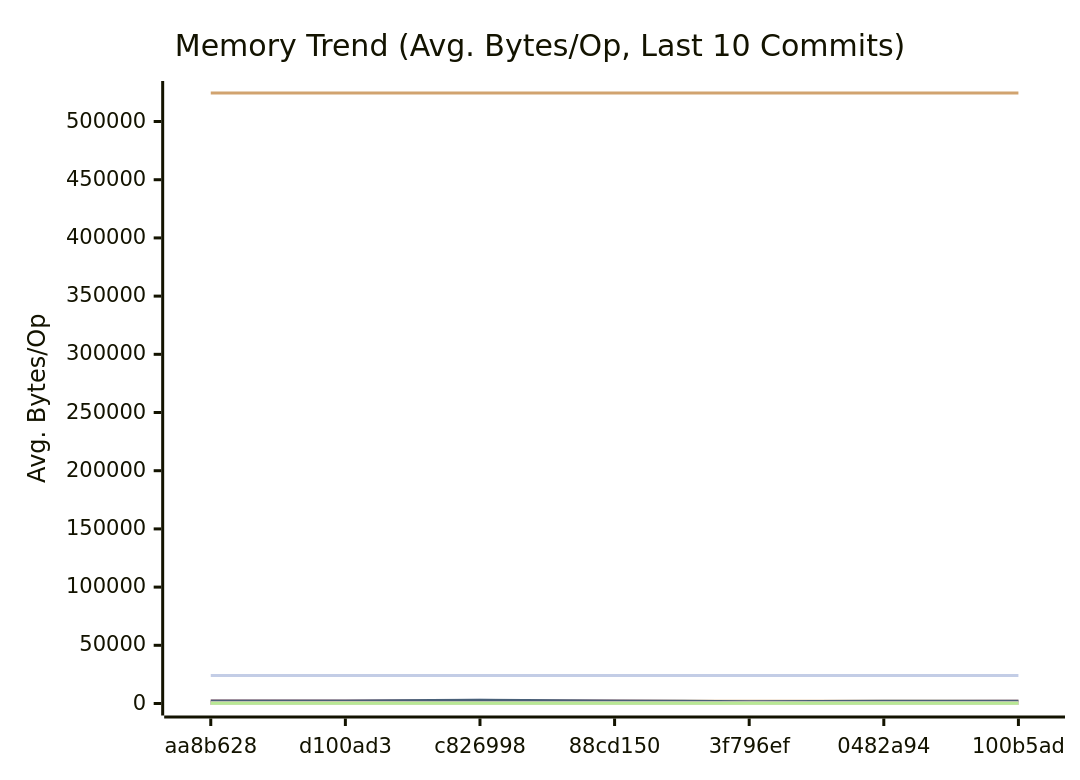
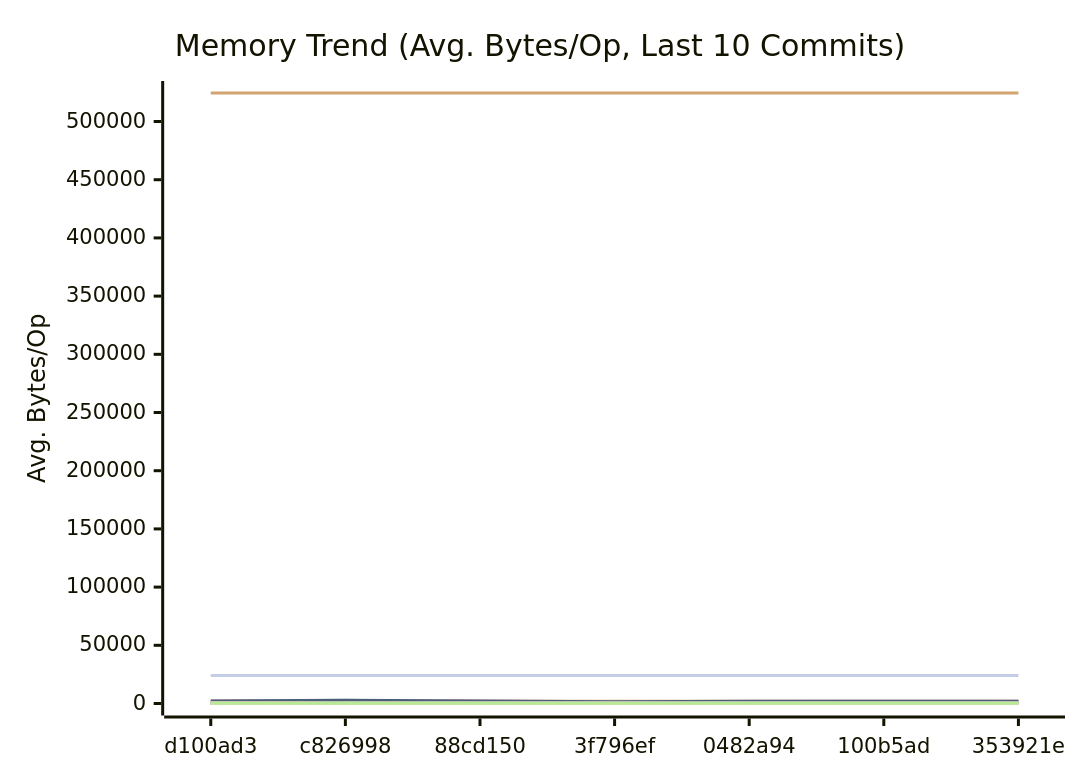
One commit to alsotoes/momo changed the second of 3 diagrams in docs/PERFORMANCE.md. Above: the diagram before and after it, drawn with Mermaid. The commit also changed other lines of this file and 2 other files, not shown here.

````diff
--- a/docs/PERFORMANCE.md
+++ b/docs/PERFORMANCE.md
@@ -300,42 +300,42 @@
 ```mermaid
 xychart-beta
     title "Memory Trend (Avg. Bytes/Op, Last 10 Commits)"
     x-axis "Commit"
     y-axis "Avg. Bytes/Op"
-    x-axis [aa8b628,d100ad3,c826998,88cd150,3f796ef,0482a94,100b5ad]
-    line "AWSChunkedReaderSigned" [131,130,147,131,74,125,105,96,107,130]
-    line "AWSChunkedReaderUnsigned" [130,120,153,135,74,112,108,97,108,145]
+    x-axis [d100ad3,c826998,88cd150,3f796ef,0482a94,100b5ad,353921e]
+    line "AWSChunkedReaderSigned" [130,147,131,74,125,105,96,107,130,133]
+    line "AWSChunkedReaderUnsigned" [120,153,135,74,112,108,97,108,145,120]
     line "CheckMetricsAndSwap" [0,0,0,0,0,0,0,0,0,0]
     line "CrushOptimized" [0,0,0,0,0,0,0,0,0,0]
     line "CrushOriginal" [164,164,164,164,164,164,164,164,164,164]
-    line "FormatListObjectsV2XML_AppendFormat" [524457,524463,524446,524454,524505,524477,524470,524490,524474,524448]
+    line "FormatListObjectsV2XML_AppendFormat" [524463,524446,524454,524505,524477,524470,524490,524474,524448,524456]
     line "FormatListObjectsV2XML_OldFormat" [24000,24000,24000,24000,24000,24000,24000,24000,24000,24000]
-    line "HashBytes/1MiB" [257,324,307,303,180,267,275,210,232,295]
-    line "HashBytes/256MiB" [286,242,249,275,156,201,247,231,248,336]
-    line "HashBytes/64MiB" [291,300,306,306,169,238,228,265,264,298]
-    line "HashFile/1MiB" [267,261,261,261,152,222,241,209,217,265]
-    line "HashFile/256MiB" [174,252,283,277,161,242,258,191,237,254]
-    line "HashFile/64MiB" [240,221,273,250,155,239,200,192,237,307]
+    line "HashBytes/1MiB" [324,307,303,180,267,275,210,232,295,219]
+    line "HashBytes/256MiB" [242,249,275,156,201,247,231,248,336,241]
+    line "HashBytes/64MiB" [300,306,306,169,238,228,265,264,298,224]
+    line "HashFile/1MiB" [261,261,261,152,222,241,209,217,265,268]
+    line "HashFile/256MiB" [252,283,277,161,242,258,191,237,254,213]
+    line "HashFile/64MiB" [221,273,250,155,239,200,192,237,307,208]
     line "IndexDirectTracking" [0,0,0,0,0,0,0,0,0,0]
     line "IndexSearch" [0,0,0,0,0,0,0,0,0,0]
     line "LoadGlobalConfig" [1976,1976,1976,1976,1976,1976,1976,1976,1976,1976]
-    line "LocalWrite/1MiB" [1683,2004,2716,1034,1217,1691,1967,1729,1822,2210]
-    line "LocalWrite/256MiB" [2270,2223,2404,2222,1422,1646,1959,1986,2025,2273]
-    line "LocalWrite/64MiB" [2221,2158,2776,2232,1512,1973,2038,2017,2019,2009]
+    line "LocalWrite/1MiB" [2004,2716,1034,1217,1691,1967,1729,1822,2210,2188]
+    line "LocalWrite/256MiB" [2223,2404,2222,1422,1646,1959,1986,2025,2273,2129]
+    line "LocalWrite/64MiB" [2158,2776,2232,1512,1973,2038,2017,2019,2009,2055]
     line "PadString" [64,64,64,64,64,64,64,64,64,64]
     line "ParseReplicationOrder_NoPrealloc" [408,408,408,408,408,248,248,248,248,248]
     line "ParseReplicationOrder_Prealloc" [240,240,240,240,240,80,80,80,80,80]
     line "Placement" [352,352,352,352,352,352,352,352,352,352]
     line "PlacementDomainSpread" [352,352,352,352,352,352,352,352,352,352]
-    line "ReadVerify/1MiB" [237,270,284,342,157,178,241,216,218,270]
-    line "ReadVerify/256MiB" [256,268,303,291,160,208,176,222,249,254]
-    line "ReadVerify/64MiB" [241,295,322,283,141,182,186,222,318,274]
-    line "S3PutSpool/1MiB" [227,254,264,205,129,181,259,187,211,176]
-    line "S3PutSpool/256MiB" [213,271,241,260,133,173,246,154,231,193]
-    line "S3PutSpool/64MiB" [234,286,234,263,133,178,228,171,236,182]
+    line "ReadVerify/1MiB" [270,284,342,157,178,241,216,218,270,281]
+    line "ReadVerify/256MiB" [268,303,291,160,208,176,222,249,254,263]
+    line "ReadVerify/64MiB" [295,322,283,141,182,186,222,318,274,236]
+    line "S3PutSpool/1MiB" [254,264,205,129,181,259,187,211,176,177]
+    line "S3PutSpool/256MiB" [271,241,260,133,173,246,154,231,193,232]
+    line "S3PutSpool/64MiB" [286,234,263,133,178,228,171,236,182,189]
     line "SanitizeLog/Safe" [0,0,0,0,0,0,0,0,0,0]
     line "SanitizeLog/Unsafe" [704,704,704,704,704,704,704,704,704,704]
-    line "TrustedRead/1MiB" [226,325,241,291,135,243,157,183,238,219]
-    line "TrustedRead/256MiB" [219,242,305,231,134,212,170,199,249,188]
-    line "TrustedRead/64MiB" [238,322,299,233,144,186,164,192,222,185]
+    line "TrustedRead/1MiB" [325,241,291,135,243,157,183,238,219,242]
+    line "TrustedRead/256MiB" [242,305,231,134,212,170,199,249,188,196]
+    line "TrustedRead/64MiB" [322,299,233,144,186,164,192,222,185,257]
 ```
````
